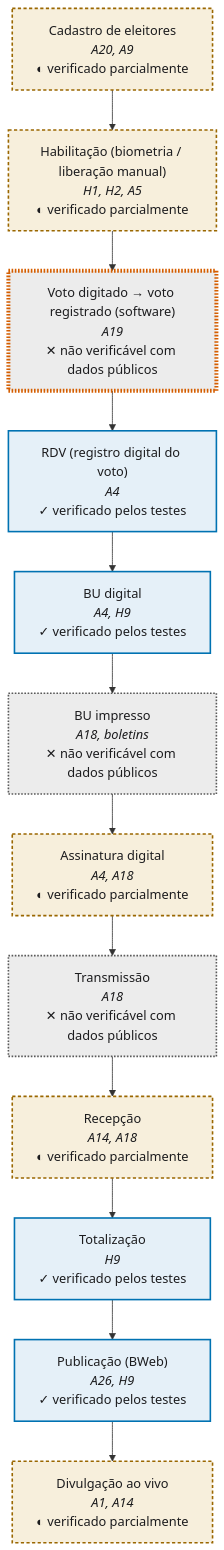
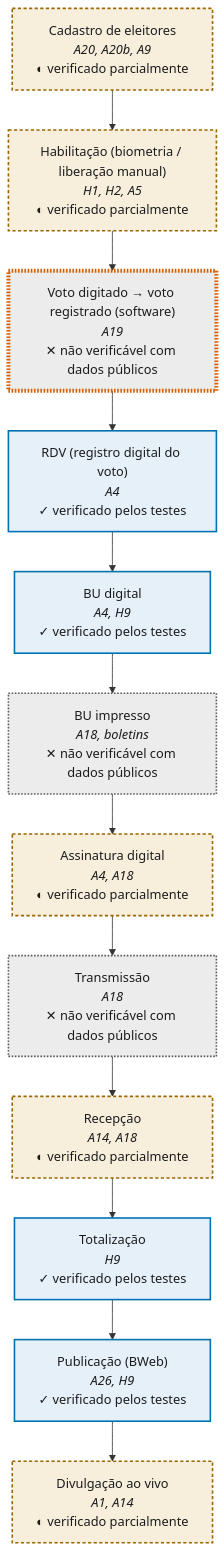
The diagram in README.md (baduba/eleicoes-dossie-2026), drawn with Mermaid before and after one commit. The commit also changed other lines of this file and 37 other files, not shown here.

````diff
--- a/README.md
+++ b/README.md
@@ -163,20 +181,20 @@
 ```mermaid
 flowchart TB
-  E0["Cadastro de eleitores<br/><i>A20, A9</i><br/>◐ verificado parcialmente"]:::parc
+  E0["Cadastro de eleitores<br/><i>A20, A20b, A9</i><br/>◐ verificado parcialmente"]:::parc
   E1["Habilitação (biometria / liberação manual)<br/><i>H1, H2, A5</i><br/>◐ verificado parcialmente"]:::parc
   E2["Voto digitado → voto registrado (software)<br/><i>A19</i><br/>✕ não verificável com dados públicos"]:::nao
   E3["RDV (registro digital do voto)<br/><i>A4</i><br/>✓ verificado pelos testes"]:::ok
   E4["BU digital<br/><i>A4, H9</i><br/>✓ verificado pelos testes"]:::ok
   E5["BU impresso<br/><i>A18, boletins</i><br/>✕ não verificável com dados públicos"]:::nao
   E6["Assinatura digital<br/><i>A4, A18</i><br/>◐ verificado parcialmente"]:::parc
   E7["Transmissão<br/><i>A18</i><br/>✕ não verificável com dados públicos"]:::nao
   E8["Recepção<br/><i>A14, A18</i><br/>◐ verificado parcialmente"]:::parc
   E9["Totalização<br/><i>H9</i><br/>✓ verificado pelos testes"]:::ok
   E10["Publicação (BWeb)<br/><i>A26, H9</i><br/>✓ verificado pelos testes"]:::ok
   E11["Divulgação ao vivo<br/><i>A1, A14</i><br/>◐ verificado parcialmente"]:::parc
   E0 --> E1 --> E2 --> E3 --> E4 --> E5 --> E6 --> E7 --> E8 --> E9 --> E10 --> E11
   classDef ok fill:#e5f0f8,stroke:#0072B2,stroke-width:2px,color:#1c1c1e
   classDef parc fill:#f7efdc,stroke:#9A6700,stroke-width:2px,stroke-dasharray:4 3,color:#1c1c1e
   classDef nao fill:#ececec,stroke:#595959,stroke-width:2px,stroke-dasharray:2 2,color:#1c1c1e
   style E2 stroke:#D55E00,stroke-width:5px
 ```
````
